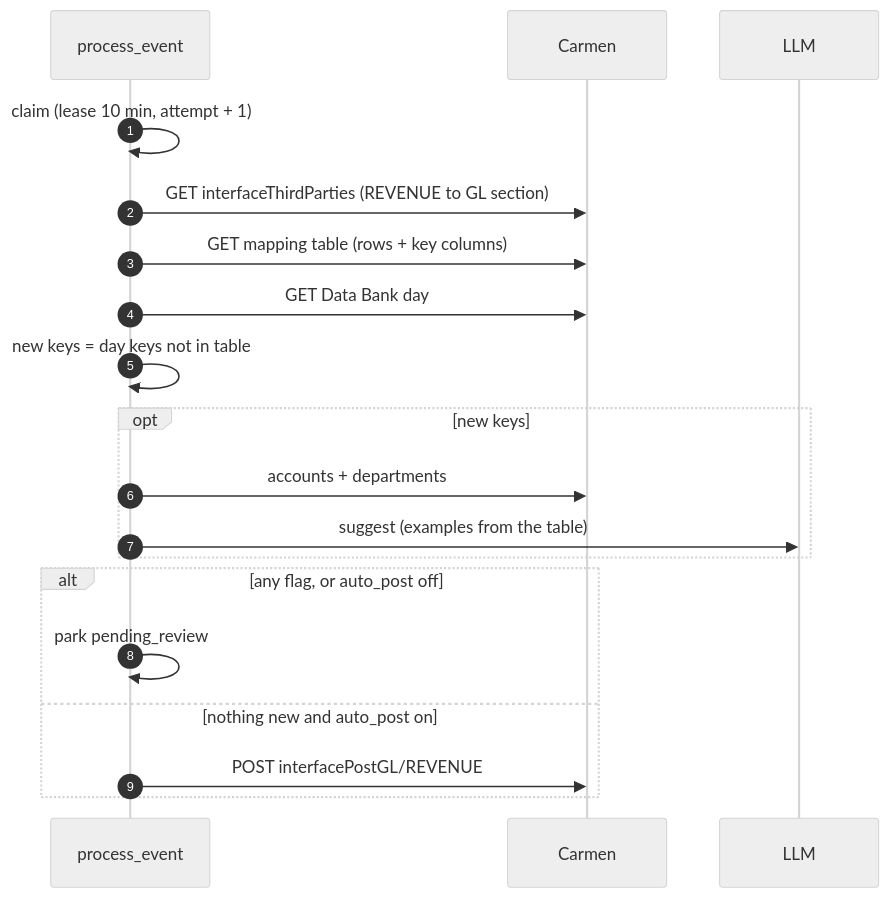
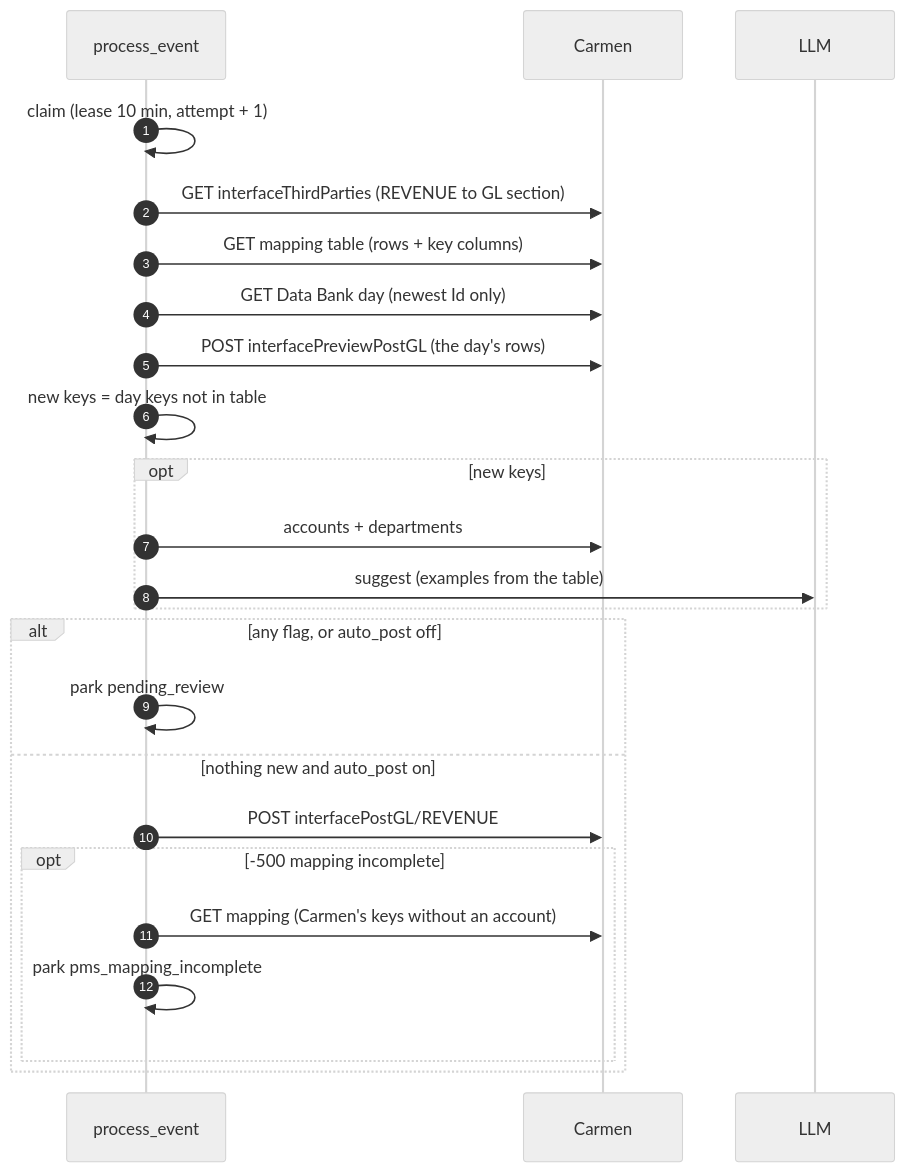
The sixth of 10 diagrams in docs/frd/FRD-11-pms-interface.md (developer-carmensoftware/OCR), drawn with Mermaid (neutral theme) before and after one commit. The commit also changed other lines of this file and 2 other files, not shown here.

First line of the commit message:
docs(pms): FRD-11 v1.4, RS-07 v0.2, TR v0.2 follow decision-log #52–#54

````diff
--- a/docs/frd/FRD-11-pms-interface.md
+++ b/docs/frd/FRD-11-pms-interface.md
@@ -337,21 +348,26 @@
 ```mermaid 8.3 | We never add, sign or balance a row
 sequenceDiagram
     autonumber
     participant W as process_event
     participant C as Carmen
     participant L as LLM
     W->>W: claim (lease 10 min, attempt + 1)
     W->>C: GET interfaceThirdParties (REVENUE to GL section)
     W->>C: GET mapping table (rows + key columns)
-    W->>C: GET Data Bank day
+    W->>C: GET Data Bank day (newest Id only)
+    W->>C: POST interfacePreviewPostGL (the day's rows)
     W->>W: new keys = day keys not in table
     opt new keys
         W->>C: accounts + departments
         W->>L: suggest (examples from the table)
     end
     alt any flag, or auto_post off
         W->>W: park pending_review
     else nothing new and auto_post on
         W->>C: POST interfacePostGL/REVENUE
+        opt -500 mapping incomplete
+            W->>C: GET mapping (Carmen's keys without an account)
+            W->>W: park pms_mapping_incomplete
+        end
     end
 ```
````
